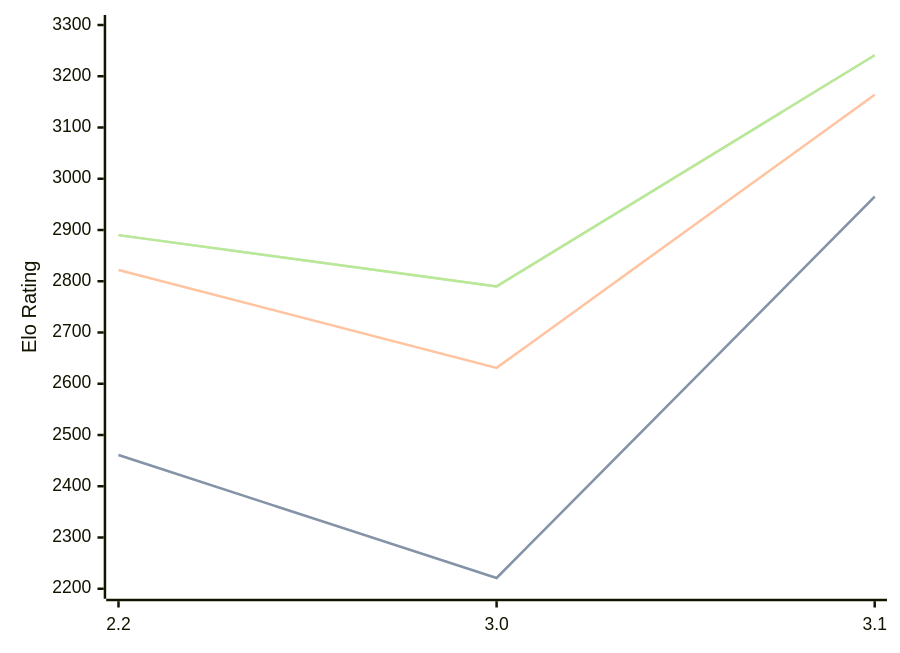
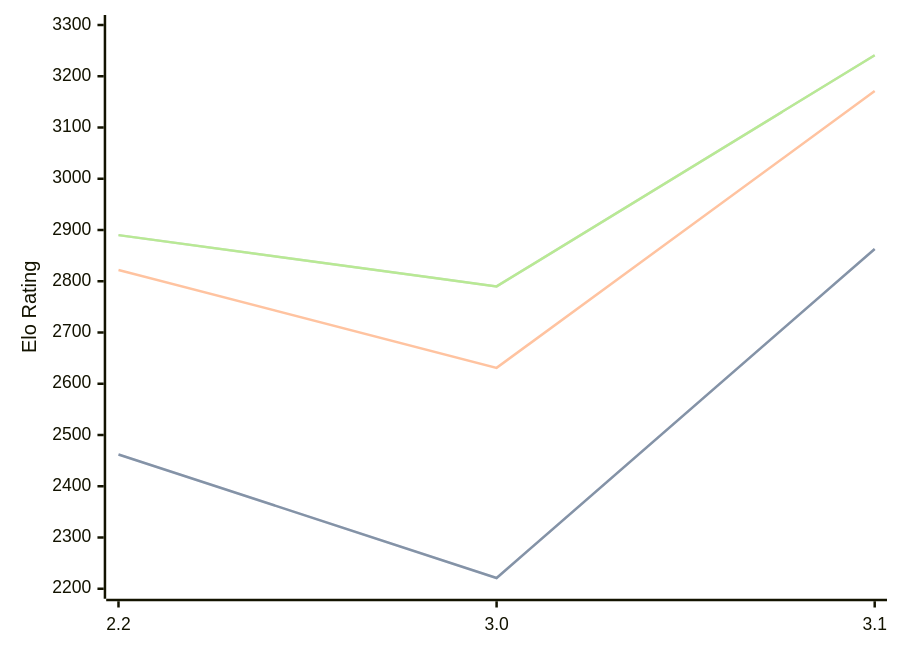
The third of 3 diagrams in engines/Thrawn.md (computer-chess-index/cci), drawn with Mermaid before and after one commit. The commit also changed other lines of this file, not shown here.

````diff
--- a/engines/Thrawn.md
+++ b/engines/Thrawn.md
@@ -74,11 +74,11 @@
 ```mermaid
 %%{init: {"theme":"base","themeVariables":{"seriesColors:['#a3a3a3','#222221','#faa371']}}}%%
 xychart-beta
   x-axis ["2.2", "3.0", "3.1"]
   y-axis "Elo Rating" 2200 --> 3300
-  line "STC (8.0+0.08s)" [2461, 2221, 2965]
-  line "STC (8.0+0.08s)" [2461, 2221, 2965]
-  line "LTC (60.0+0.60s)" [2822, 2631, 3164]
+  line "STC (8.0+0.08s)" [2462, 2221, 2863]
+  line "STC (8.0+0.08s)" [2462, 2221, 2863]
+  line "LTC (60.0+0.60s)" [2822, 2631, 3171]
   line "VLTC (2m24s+1.12s)" [2890, 2790, 3241]
   line "VLTC (2m24s+1.12s)" [2890, 2790, 3241]
 ```
````
